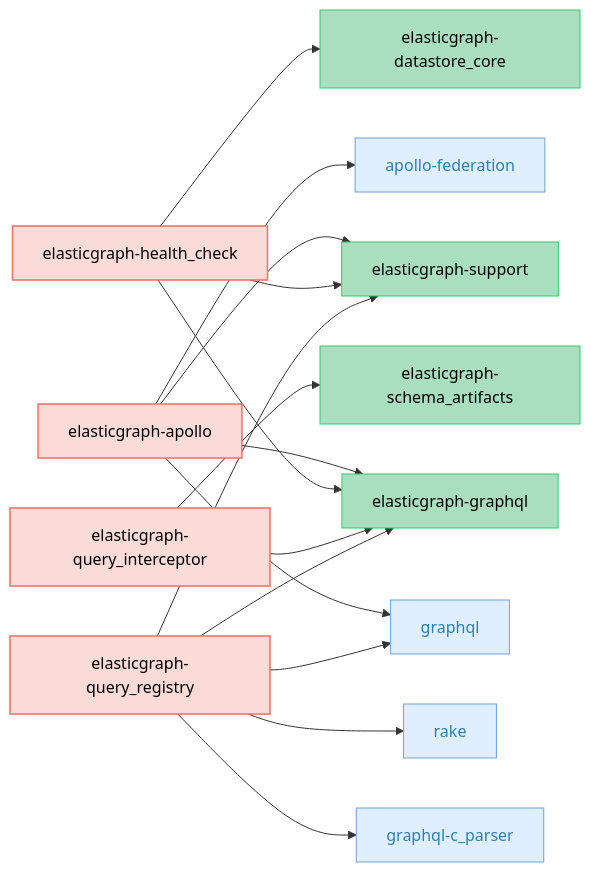
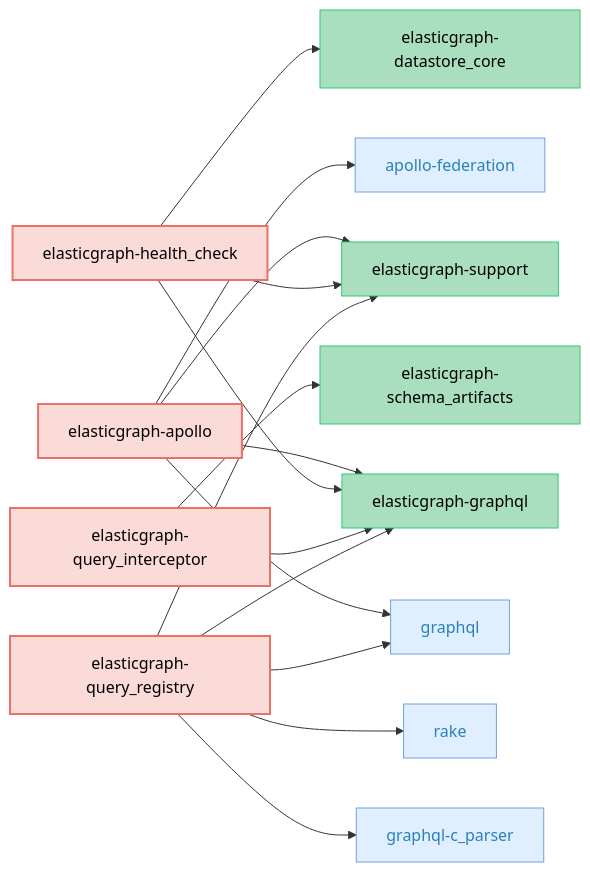
Before and after one commit to block/elasticgraph: the third of 5 diagrams in CODEBASE_OVERVIEW.md, drawn with Mermaid. The commit also changed other lines of this file and 23 other files, not shown here.

````diff
--- a/CODEBASE_OVERVIEW.md
+++ b/CODEBASE_OVERVIEW.md
@@ -172,48 +172,48 @@
 ```mermaid
 graph LR;
-    classDef currentCategoryGemStyle fill:#FADBD8,stroke:#EC7063,color:#000,stroke-width:1.5px;
+    classDef targetGemStyle fill:#FADBD8,stroke:#EC7063,color:#000,stroke-width:2px;
     classDef otherEgGemStyle fill:#A9DFBF,stroke:#2ECC71,color:#000;
     classDef externalGemCatStyle fill:#E0EFFF,stroke:#70A1D7,color:#2980B9;
     elasticgraph-apollo["elasticgraph-apollo"];
     elasticgraph-graphql["elasticgraph-graphql"];
     elasticgraph-support["elasticgraph-support"];
     graphql["graphql"];
     apollo-federation["apollo-federation"];
     elasticgraph-health_check["elasticgraph-health_check"];
     elasticgraph-datastore_core["elasticgraph-datastore_core"];
     elasticgraph-query_interceptor["elasticgraph-query_interceptor"];
     elasticgraph-schema_artifacts["elasticgraph-schema_artifacts"];
     elasticgraph-query_registry["elasticgraph-query_registry"];
     graphql-c_parser["graphql-c_parser"];
     rake["rake"];
     elasticgraph-apollo --> elasticgraph-graphql;
     elasticgraph-apollo --> elasticgraph-support;
     elasticgraph-apollo --> graphql;
     elasticgraph-apollo --> apollo-federation;
     elasticgraph-health_check --> elasticgraph-datastore_core;
     elasticgraph-health_check --> elasticgraph-graphql;
     elasticgraph-health_check --> elasticgraph-support;
     elasticgraph-query_interceptor --> elasticgraph-graphql;
     elasticgraph-query_interceptor --> elasticgraph-schema_artifacts;
     elasticgraph-query_registry --> elasticgraph-graphql;
     elasticgraph-query_registry --> elasticgraph-support;
     elasticgraph-query_registry --> graphql;
     elasticgraph-query_registry --> graphql-c_parser;
     elasticgraph-query_registry --> rake;
-    class elasticgraph-apollo currentCategoryGemStyle;
+    class elasticgraph-apollo targetGemStyle;
     class elasticgraph-graphql otherEgGemStyle;
     class elasticgraph-support otherEgGemStyle;
     class graphql externalGemCatStyle;
     class apollo-federation externalGemCatStyle;
-    class elasticgraph-health_check currentCategoryGemStyle;
+    class elasticgraph-health_check targetGemStyle;
     class elasticgraph-datastore_core otherEgGemStyle;
-    class elasticgraph-query_interceptor currentCategoryGemStyle;
+    class elasticgraph-query_interceptor targetGemStyle;
     class elasticgraph-schema_artifacts otherEgGemStyle;
-    class elasticgraph-query_registry currentCategoryGemStyle;
+    class elasticgraph-query_registry targetGemStyle;
     class graphql-c_parser externalGemCatStyle;
     class rake externalGemCatStyle;
     click graphql href "https://rubygems.org/gems/graphql" "Open on RubyGems.org" _blank;
     click apollo-federation href "https://rubygems.org/gems/apollo-federation" "Open on RubyGems.org" _blank;
     click graphql-c_parser href "https://rubygems.org/gems/graphql-c_parser" "Open on RubyGems.org" _blank;
     click rake href "https://rubygems.org/gems/rake" "Open on RubyGems.org" _blank;
 ```
````
